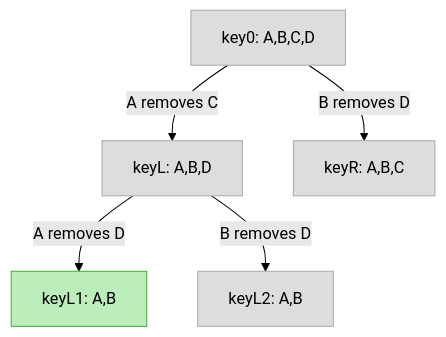
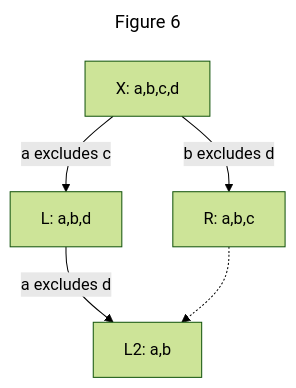
Before and after one commit to ssbc/ssb-group-exclusion-spec: the sixth of 8 diagrams in README.md, drawn with Mermaid (forest theme). The commit also changed other lines of this file, not shown here.

````diff
--- a/README.md
+++ b/README.md
@@ -269,12 +278,11 @@
 ```mermaid
+---
+title: Figure 6
+---
 graph TB;
-  zero[key0: A,B,C,D]
-  zero--"A removes C"-->L[keyL: A,B,D]
-  zero--"B removes D"-->R[keyR: A,B,C]
-  L--"A removes D"-->L1[keyL1: A,B]
-  L--"B removes D"-->L2[keyL2: A,B]
-  class L1 winner;
-
-classDef default fill:#ddd,stroke:#aaa,color:#000;
-classDef winner fill:#beb,stroke:#4a4,color:#000;
+  zero[X: a,b,c,d]
+  zero--"a excludes c"-->L[L: a,b,d]
+  zero--"b excludes d"-->R[R: a,b,c]
+  L--"a excludes d"-->L2[L2: a,b]
+  R-.->L2
 ```
````
